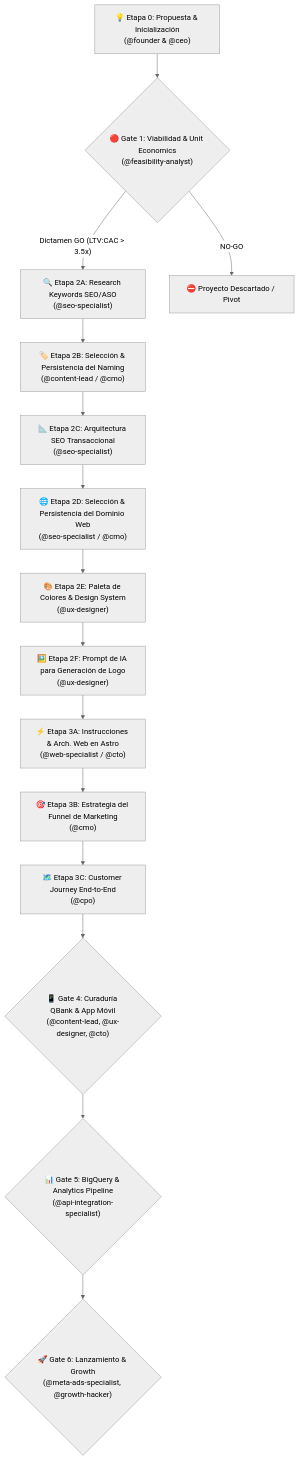
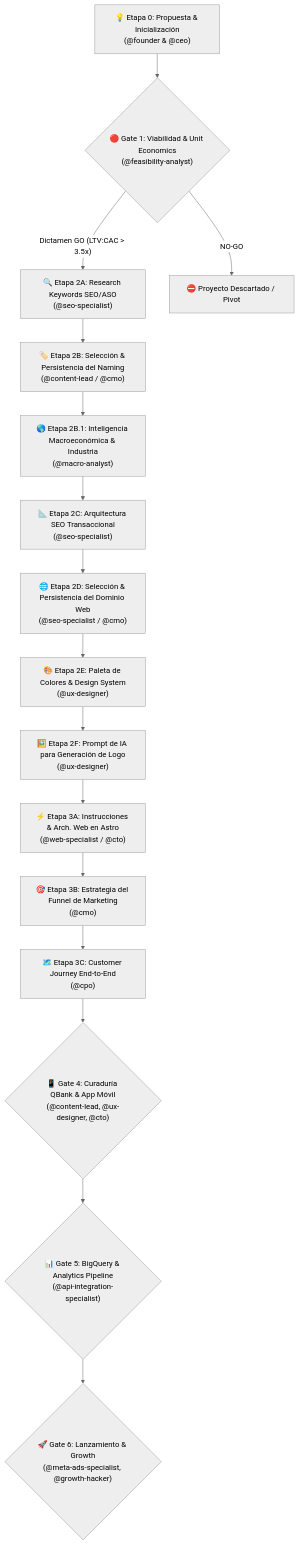
The diagram in agents/business-development-funnel.md (elchristog/startup_builder), drawn with Mermaid (neutral theme) before and after one commit. The commit also changed other lines of this file and 35 other files, not shown here.

````diff
--- a/agents/business-development-funnel.md
+++ b/agents/business-development-funnel.md
@@ -20,17 +26,18 @@
 ```mermaid
 graph TD
     E0["💡 Etapa 0: Propuesta & Inicialización<br/>(@founder & @ceo)"] --> Gate1{"🔴 Gate 1: Viabilidad & Unit Economics<br/>(@feasibility-analyst)"}
     Gate1 -- "Dictamen GO (LTV:CAC > 3.5x)" --> E2A["🔍 Etapa 2A: Research Keywords SEO/ASO<br/>(@seo-specialist)"]
     Gate1 -- "NO-GO" --> Pivot["⛔ Proyecto Descartado / Pivot"]
     E2A --> E2B["🏷️ Etapa 2B: Selección & Persistencia del Naming<br/>(@content-lead / @cmo)"]
-    E2B --> E2C["📐 Etapa 2C: Arquitectura SEO Transaccional<br/>(@seo-specialist)"]
+    E2B --> E2B_MACRO["🌎 Etapa 2B.1: Inteligencia Macroeconómica & Industria<br/>(@macro-analyst)"]
+    E2B_MACRO --> E2C["📐 Etapa 2C: Arquitectura SEO Transaccional<br/>(@seo-specialist)"]
     E2C --> E2D["🌐 Etapa 2D: Selección & Persistencia del Dominio Web<br/>(@seo-specialist / @cmo)"]
     E2D --> E2E["🎨 Etapa 2E: Paleta de Colores & Design System<br/>(@ux-designer)"]
     E2E --> E2F["🖼️ Etapa 2F: Prompt de IA para Generación de Logo<br/>(@ux-designer)"]
     E2F --> E3A["⚡ Etapa 3A: Instrucciones & Arch. Web en Astro<br/>(@web-specialist / @cto)"]
     E3A --> E3B["🎯 Etapa 3B: Estrategia del Funnel de Marketing<br/>(@cmo)"]
     E3B --> E3C["🗺️ Etapa 3C: Customer Journey End-to-End<br/>(@cpo)"]
     E3C --> Gate4{"📱 Gate 4: Curaduría QBank & App Móvil<br/>(@content-lead, @ux-designer, @cto)"}
     Gate4 --> Gate5{"📊 Gate 5: BigQuery & Analytics Pipeline<br/>(@api-integration-specialist)"}
     Gate5 --> Gate6{"🚀 Gate 6: Lanzamiento & Growth<br/>(@meta-ads-specialist, @growth-hacker)"}
 ```
````
